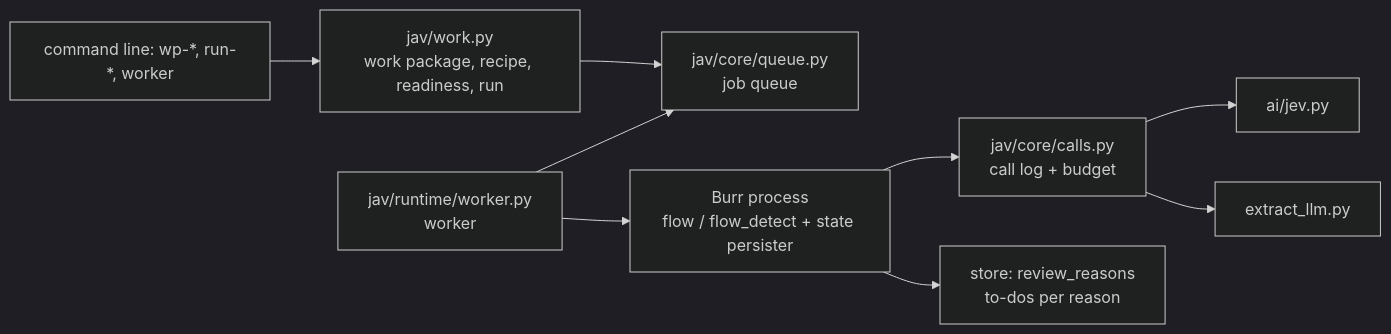
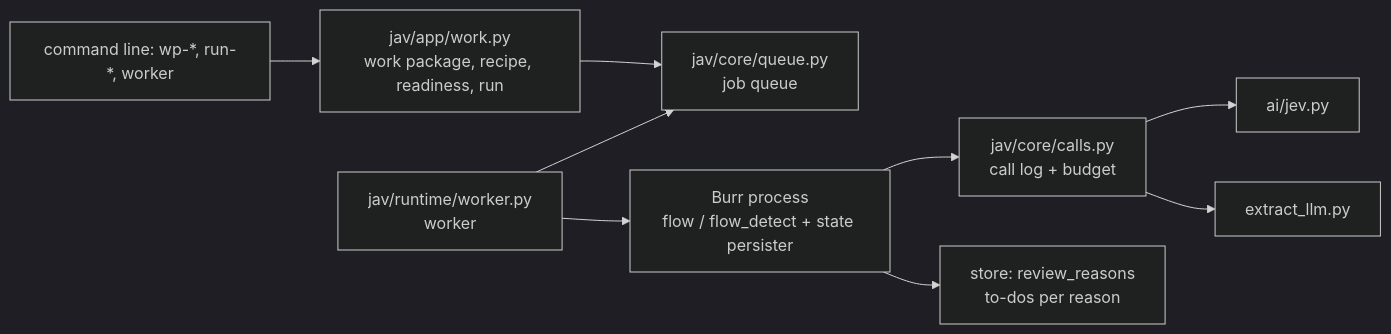
Before and after one commit to kassaiattila/58_JEV_AI: the first of 4 diagrams in docs/ARCHITECTURE.md, drawn with Mermaid (dark theme). The commit also changed other lines of this file and 334 other files, not shown here.

First line of the commit message:
refactor(app): the application layer in jav/app/ (208)

````diff
--- a/docs/ARCHITECTURE.md
+++ b/docs/ARCHITECTURE.md
@@ -266,11 +266,11 @@
 ```mermaid
 flowchart LR
-  CLI[command line: wp-*, run-*, worker] --> WORK[jav/work.py<br/>work package, recipe, readiness, run]
+  CLI[command line: wp-*, run-*, worker] --> WORK[jav/app/work.py<br/>work package, recipe, readiness, run]
   WORK --> Q[jav/core/queue.py<br/>job queue]
   W[jav/runtime/worker.py<br/>worker] --> Q
   W --> FLOW[Burr process<br/>flow / flow_detect + state persister]
   FLOW --> CALLS[jav/core/calls.py<br/>call log + budget]
   CALLS --> JEV[ai/jev.py]
   CALLS --> GPT[extract_llm.py]
   FLOW --> REV[store: review_reasons<br/>to-dos per reason]
 ```
````
